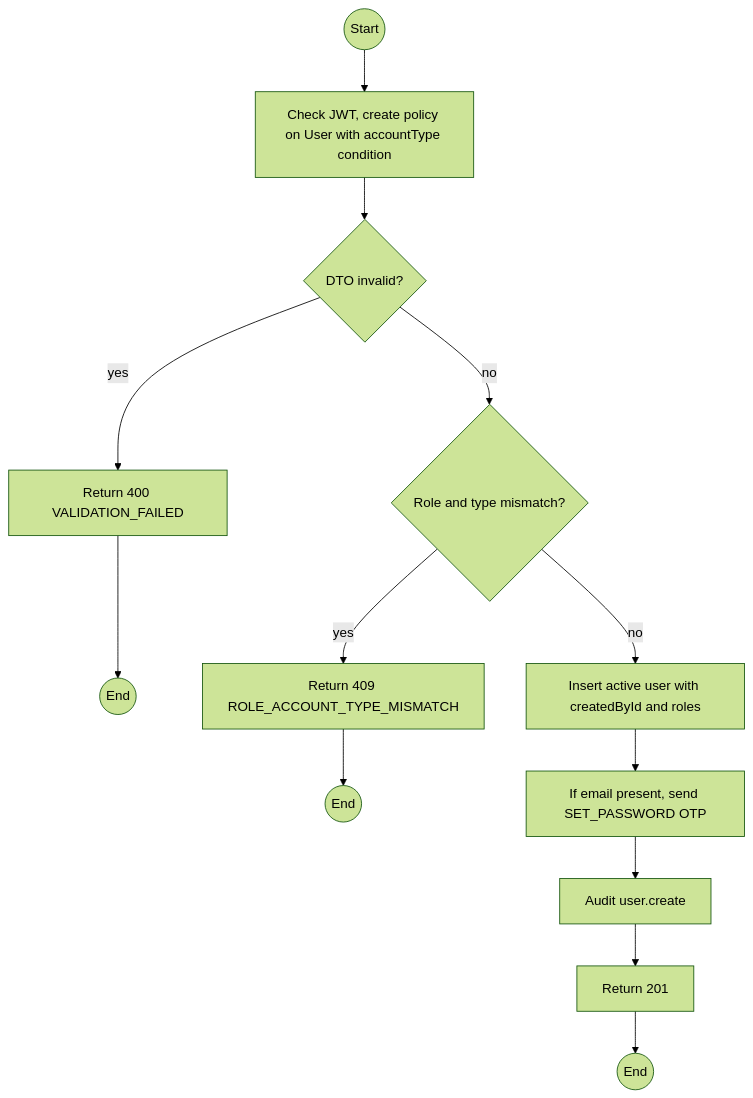
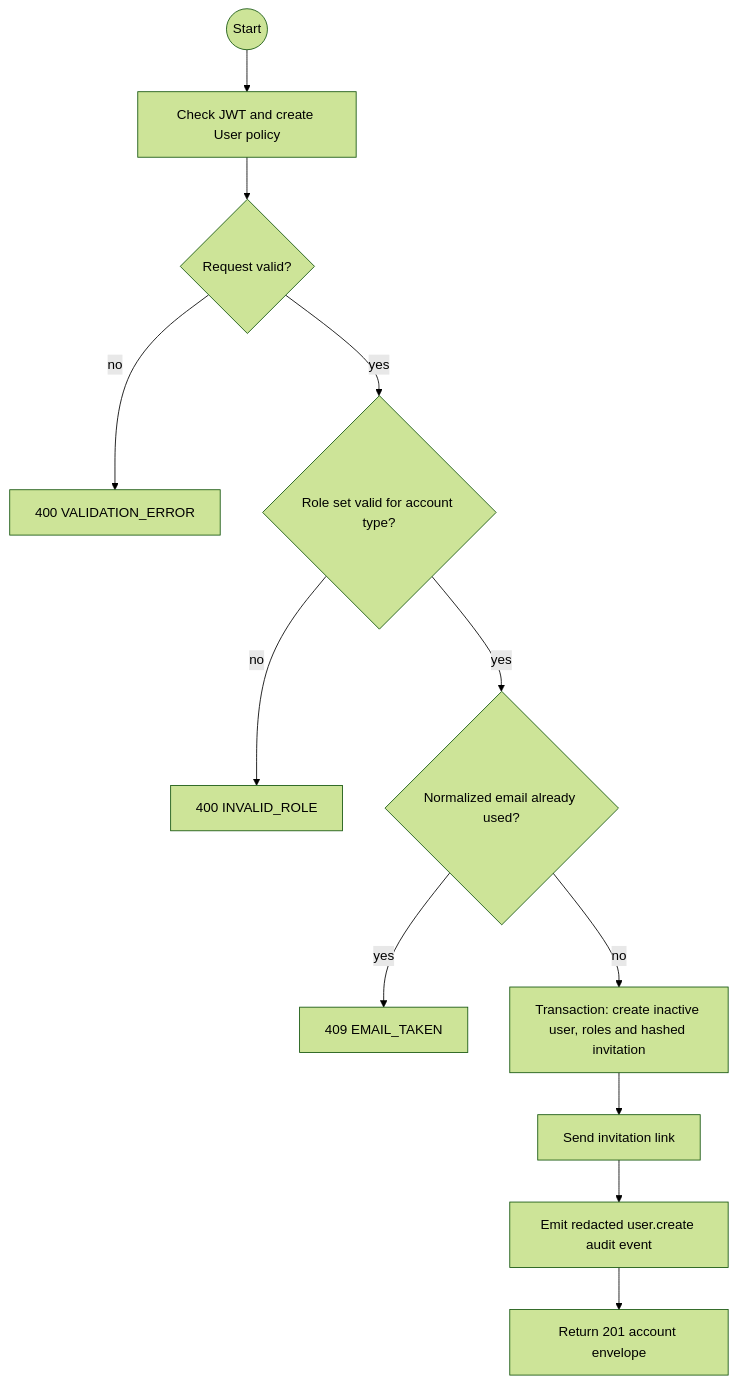
The first of 2 diagrams in specs/auth/api-design/10-post-users-create.md (TrekLink-Team/treklink-web), drawn with Mermaid (forest theme) before and after one commit. The commit also changed other lines of this file and 13 other files, not shown here.

````diff
--- a/specs/auth/api-design/10-post-users-create.md
+++ b/specs/auth/api-design/10-post-users-create.md
@@ -171,25 +91,14 @@
 ```mermaid
 flowchart TB
-    S((Start))
-    A1["Check JWT, create policy on User with accountType condition"]
-    S --> A1
-    D2{"DTO invalid?"}
-    A1 --> D2
-    E2["Return 400 VALIDATION_FAILED"]
-    D2 -->|yes| E2
-    E2 --> X2((End))
-    D3{"Role and type mismatch?"}
-    D2 -->|no| D3
-    E3["Return 409 ROLE_ACCOUNT_TYPE_MISMATCH"]
-    D3 -->|yes| E3
-    E3 --> X3((End))
-    A4["Insert active user with createdById and roles"]
-    D3 -->|no| A4
-    A5["If email present, send SET_PASSWORD OTP"]
-    A4 --> A5
-    A6["Audit user.create"]
-    A5 --> A6
-    OK["Return 201"]
-    A6 --> OK
-    OK --> Z((End))
+    S((Start)) --> G[Check JWT and create User policy]
+    G --> V{Request valid?}
+    V -->|no| E1[400 VALIDATION_ERROR]
+    V -->|yes| R{Role set valid for account type?}
+    R -->|no| E2[400 INVALID_ROLE]
+    R -->|yes| U{Normalized email already used?}
+    U -->|yes| E3[409 EMAIL_TAKEN]
+    U -->|no| T[Transaction: create inactive user, roles and hashed invitation]
+    T --> M[Send invitation link]
+    M --> A[Emit redacted user.create audit event]
+    A --> O[Return 201 account envelope]
 ```
````
